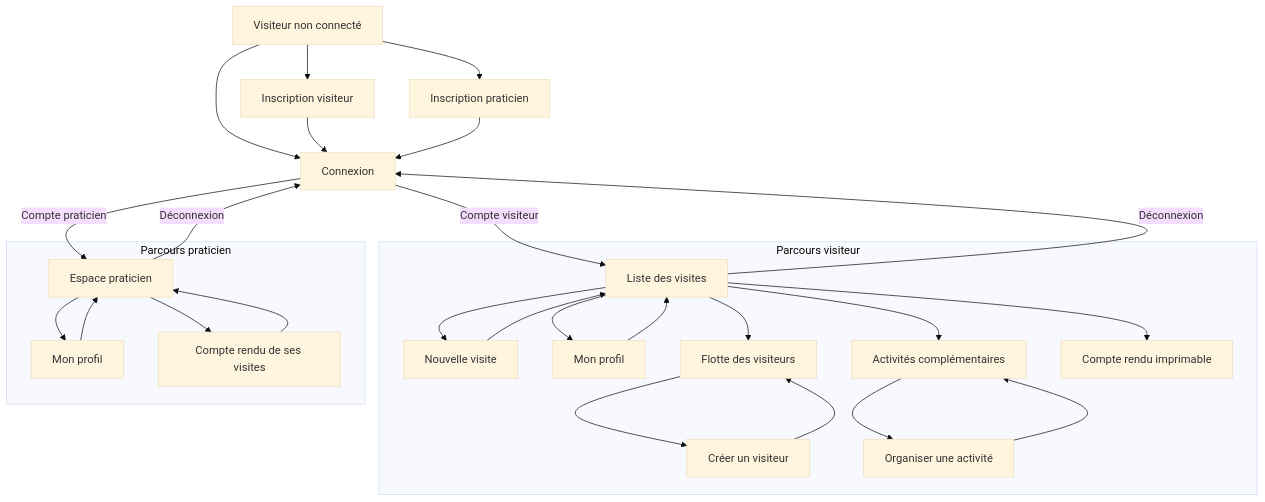
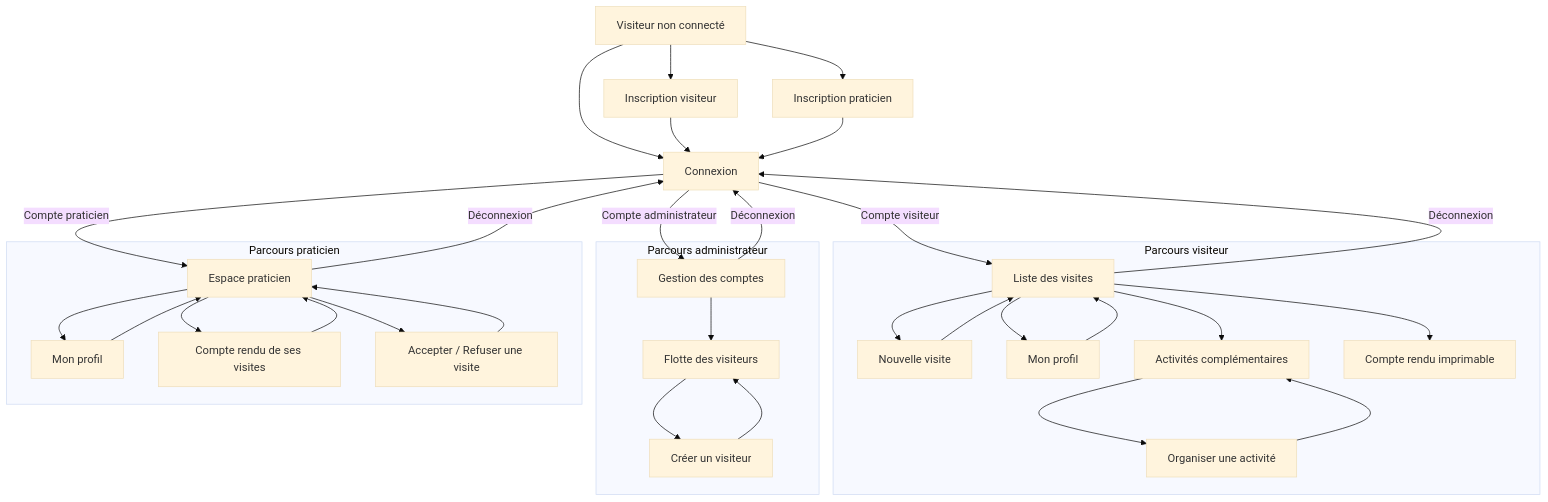
Before and after one commit to jeremxdev/oxam_labo: the diagram in README.md, drawn with Mermaid (base theme). The commit also changed other lines of this file and 15 other files, not shown here.

````diff
--- a/README.md
+++ b/README.md
@@ -69,35 +74,42 @@
 ```mermaid
 flowchart TD
     A[Visiteur non connecté] --> B[Connexion]
     A --> C[Inscription visiteur]
     A --> D[Inscription praticien]
     C --> B
     D --> B
 
     B -->|Compte visiteur| V[Liste des visites]
     B -->|Compte praticien| P[Espace praticien]
+    B -->|Compte administrateur| ADM[Gestion des comptes]
 
     subgraph Parcours visiteur
         V --> V1[Nouvelle visite]
         V --> V2[Mon profil]
-        V --> V3[Flotte des visiteurs]
         V --> V4[Activités complémentaires]
-        V3 --> V5[Créer un visiteur]
         V4 --> V6[Organiser une activité]
         V --> V7[Compte rendu imprimable]
         V1 --> V
         V2 --> V
+        V6 --> V4
+    end
+
+    subgraph Parcours administrateur
+        ADM --> V3[Flotte des visiteurs]
+        V3 --> V5[Créer un visiteur]
         V5 --> V3
-        V6 --> V4
     end
 
     subgraph Parcours praticien
         P --> P1[Mon profil]
         P --> P2[Compte rendu de ses visites]
+        P --> P3[Accepter / Refuser une visite]
         P1 --> P
         P2 --> P
+        P3 --> P
     end
 
     V -->|Déconnexion| B
     P -->|Déconnexion| B
+    ADM -->|Déconnexion| B
 ```
````
